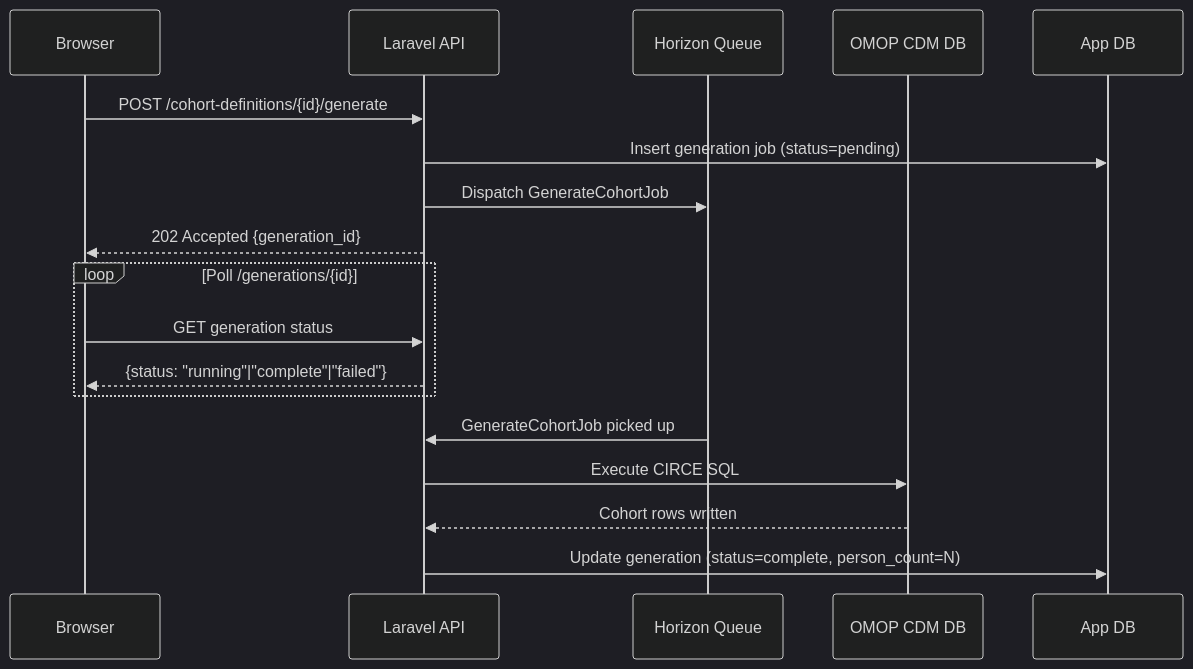
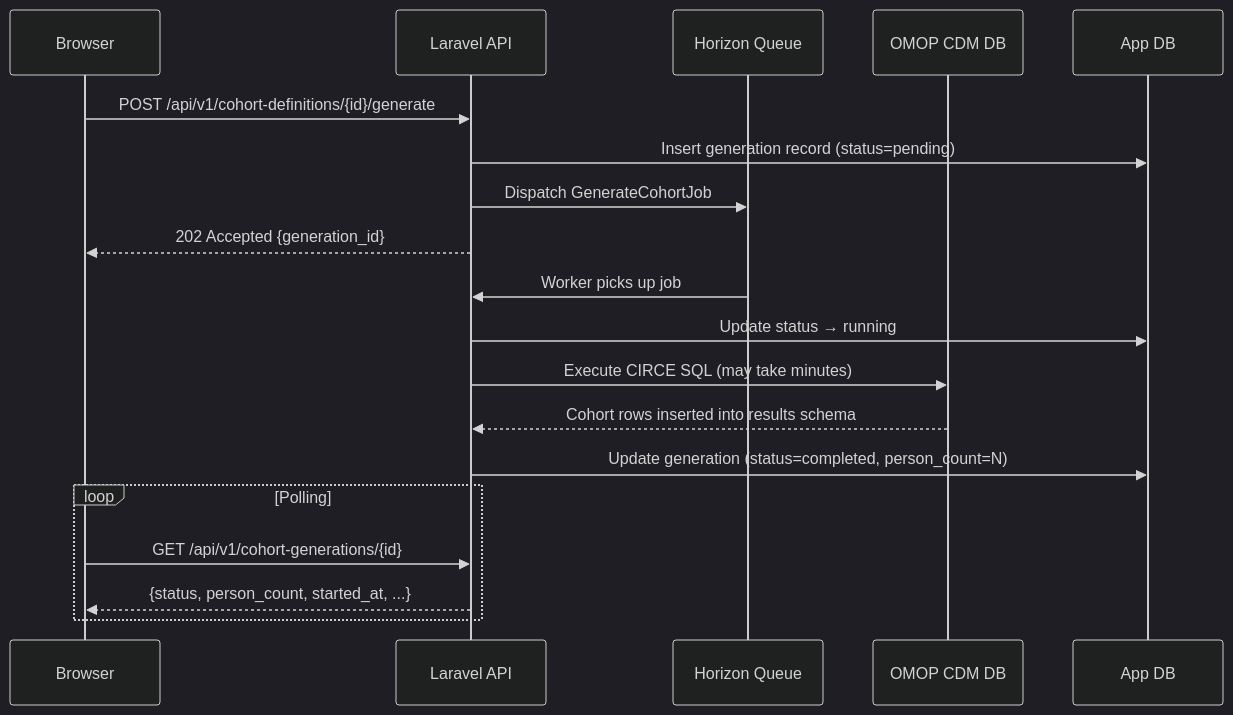
The diagram in docs/site/docs/part3-cohorts/07-generating-cohorts.mdx (sudoshi/Parthenon), drawn with Mermaid (dark theme) before and after one commit. The commit also changed other lines of this file and 52 other files, not shown here.

````diff
--- a/docs/site/docs/part3-cohorts/07-generating-cohorts.mdx
+++ b/docs/site/docs/part3-cohorts/07-generating-cohorts.mdx
@@ -25,23 +34,25 @@
 ```mermaid
 sequenceDiagram
     participant UI as Browser
     participant API as Laravel API
     participant Q as Horizon Queue
     participant CDM as OMOP CDM DB
     participant App as App DB
 
-    UI->>API: POST /cohort-definitions/{id}/generate
-    API->>App: Insert generation job (status=pending)
+    UI->>API: POST /api/v1/cohort-definitions/{id}/generate
+    API->>App: Insert generation record (status=pending)
     API->>Q: Dispatch GenerateCohortJob
     API-->>UI: 202 Accepted {generation_id}
 
-    loop Poll /generations/{id}
-        UI->>API: GET generation status
-        API-->>UI: {status: "running"|"complete"|"failed"}
+    Q->>API: Worker picks up job
+    API->>App: Update status → running
+    API->>CDM: Execute CIRCE SQL (may take minutes)
+    CDM-->>API: Cohort rows inserted into results schema
+
+    API->>App: Update generation (status=completed, person_count=N)
+
+    loop Polling
+        UI->>API: GET /api/v1/cohort-generations/{id}
+        API-->>UI: {status, person_count, started_at, ...}
     end
-
-    Q->>API: GenerateCohortJob picked up
-    API->>CDM: Execute CIRCE SQL
-    CDM-->>API: Cohort rows written
-    API->>App: Update generation (status=complete, person_count=N)
 ```
````
